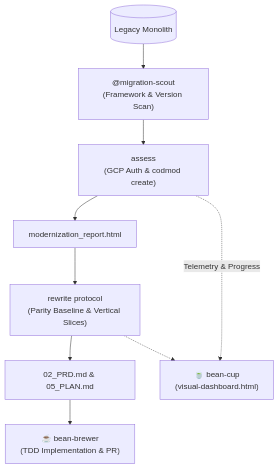
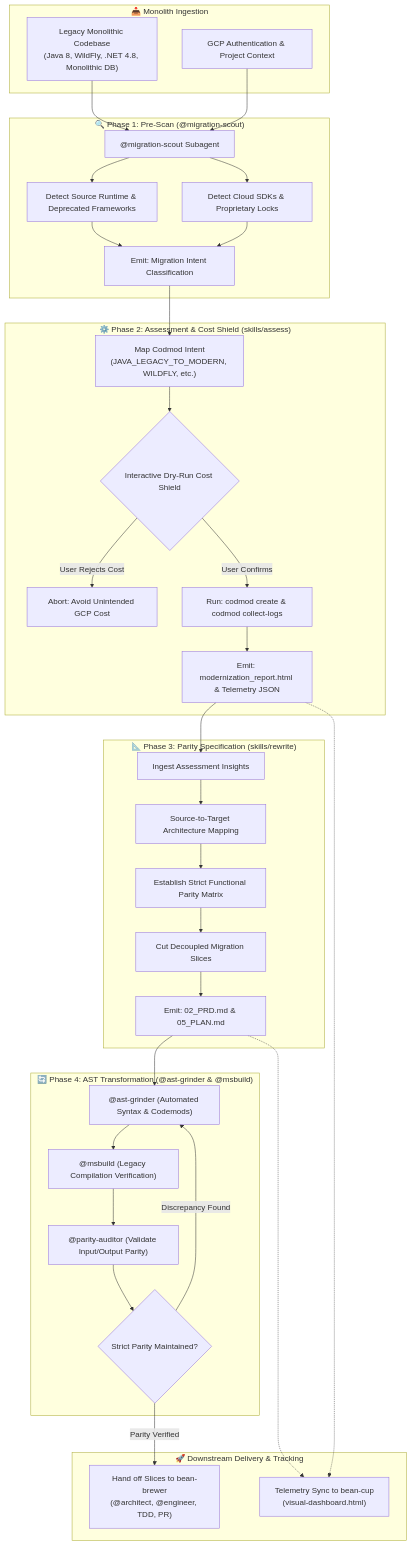
One commit to sapientcoffee/bean-grinder changed the diagram in README.md. Above: the diagram before and after it, drawn with Mermaid. The commit also changed other lines of this file and 2 other files, not shown here.

Commit message:
docs: add Google-themed banner, fun sketch, and detailed Mermaid architecture flowchart

````diff
--- a/README.md
+++ b/README.md
@@ -48,12 +56,55 @@
 ```mermaid
-graph TD
-    Legacy[(Legacy Monolith)] --> Scout["@migration-scout<br/>(Framework & Version Scan)"]
-    Scout --> Assess["assess<br/>(GCP Auth & codmod create)"]
-    Assess --> Report["modernization_report.html"]
-    Report --> Rewrite["rewrite protocol<br/>(Parity Baseline & Vertical Slices)"]
-    Rewrite --> PRD["02_PRD.md & 05_PLAN.md"]
-    PRD --> Brewer["☕ bean-brewer<br/>(TDD Implementation & PR)"]
-    
-    Assess -.->|Telemetry & Progress| Cup["🍵 bean-cup<br/>(visual-dashboard.html)"]
-    Rewrite -.-> Cup
+flowchart TD
+    subgraph Intake["📥 Monolith Ingestion"]
+        LegacyCode["Legacy Monolithic Codebase<br/>(Java 8, WildFly, .NET 4.8, Monolithic DB)"]
+        GCPAuth["GCP Authentication & Project Context"]
+    end
+
+    subgraph ScoutPhase["🔍 Phase 1: Pre-Scan (@migration-scout)"]
+        Scout["@migration-scout Subagent"]
+        DetectRuntimes["Detect Source Runtime & Deprecated Frameworks"]
+        DetectClouds["Detect Cloud SDKs & Proprietary Locks"]
+        EmitScoutSummary["Emit: Migration Intent Classification"]
+    end
+
+    subgraph AssessPhase["⚙️ Phase 2: Assessment & Cost Shield (skills/assess)"]
+        IntentMapping["Map Codmod Intent<br/>(JAVA_LEGACY_TO_MODERN, WILDFLY, etc.)"]
+        CostShield{"Interactive Dry-Run Cost Shield"}
+        UserAbort["Abort: Avoid Unintended GCP Cost"]
+        ExecCodmod["Run: codmod create & codmod collect-logs"]
+        ModernReport["Emit: modernization_report.html & Telemetry JSON"]
+    end
+
+    subgraph RewritePhase["📐 Phase 3: Parity Specification (skills/rewrite)"]
+        IngestReport["Ingest Assessment Insights"]
+        RuntimeMapping["Source-to-Target Architecture Mapping"]
+        ParityMatrix["Establish Strict Functional Parity Matrix"]
+        VerticalSlicing["Cut Decoupled Migration Slices"]
+        EmitArtifacts["Emit: 02_PRD.md & 05_PLAN.md"]
+    end
+
+    subgraph GrindingPass["🔄 Phase 4: AST Transformation (@ast-grinder & @msbuild)"]
+        ASTTransform["@ast-grinder (Automated Syntax & Codemods)"]
+        BuildCheck["@msbuild (Legacy Compilation Verification)"]
+        ParityCheck["@parity-auditor (Validate Input/Output Parity)"]
+        ParityVerdict{"Strict Parity Maintained?"}
+    end
+
+    subgraph Downstream["🚀 Downstream Delivery & Tracking"]
+        HandoffBrewer["Hand off Slices to bean-brewer<br/>(@architect, @engineer, TDD, PR)"]
+        TelemetryCup["Telemetry Sync to bean-cup<br/>(visual-dashboard.html)"]
+    end
+
+    LegacyCode & GCPAuth --> Scout
+    Scout --> DetectRuntimes & DetectClouds --> EmitScoutSummary
+    EmitScoutSummary --> IntentMapping --> CostShield
+    CostShield -->|User Rejects Cost| UserAbort
+    CostShield -->|User Confirms| ExecCodmod
+    ExecCodmod --> ModernReport --> IngestReport
+    IngestReport --> RuntimeMapping --> ParityMatrix --> VerticalSlicing --> EmitArtifacts
+    EmitArtifacts --> ASTTransform
+    ASTTransform --> BuildCheck --> ParityCheck --> ParityVerdict
+    ParityVerdict -->|Discrepancy Found| ASTTransform
+    ParityVerdict -->|Parity Verified| HandoffBrewer
+    ModernReport & EmitArtifacts -.-> TelemetryCup
 ```
````
